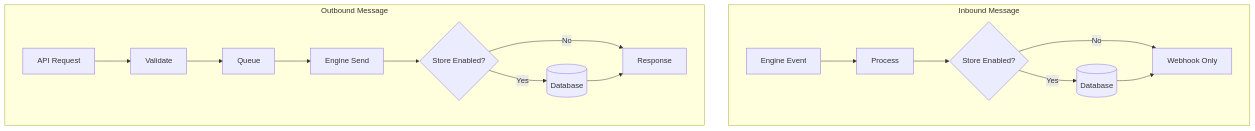
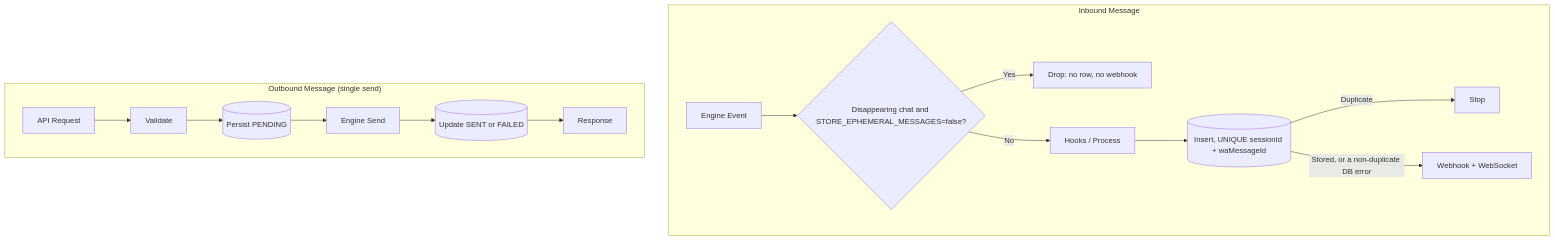
Before and after one commit to AntoineTROOVY/Sherlo: the third of 4 diagrams in docs/05-database-design.md, drawn with Mermaid. The commit also changed other lines of this file and 1 other file, not shown here.

````diff
--- a/docs/05-database-design.md
+++ b/docs/05-database-design.md
@@ -781,20 +782,19 @@
 ```mermaid
 flowchart TB
     subgraph Inbound["Inbound Message"]
-        E[Engine Event] --> P[Process]
-        P --> S{Store Enabled?}
-        S -->|Yes| DB[(Database)]
-        S -->|No| W[Webhook Only]
-        DB --> W
+        E[Engine Event] --> G{Disappearing chat and STORE_EPHEMERAL_MESSAGES=false?}
+        G -->|Yes| D[Drop: no row, no webhook]
+        G -->|No| P[Hooks / Process]
+        P --> DB[(Insert, UNIQUE sessionId + waMessageId)]
+        DB -->|Duplicate| X[Stop]
+        DB -->|Stored, or a non-duplicate DB error| W[Webhook + WebSocket]
     end
 
-    subgraph Outbound["Outbound Message"]
+    subgraph Outbound["Outbound Message (single send)"]
         A[API Request] --> V[Validate]
-        V --> Q[Queue]
-        Q --> EN[Engine Send]
-        EN --> SR{Store Enabled?}
-        SR -->|Yes| DBO[(Database)]
-        SR -->|No| R[Response]
-        DBO --> R
+        V --> DBP[(Persist PENDING)]
+        DBP --> EN[Engine Send]
+        EN --> DBO[(Update SENT or FAILED)]
+        DBO --> R[Response]
     end
 ```
````
